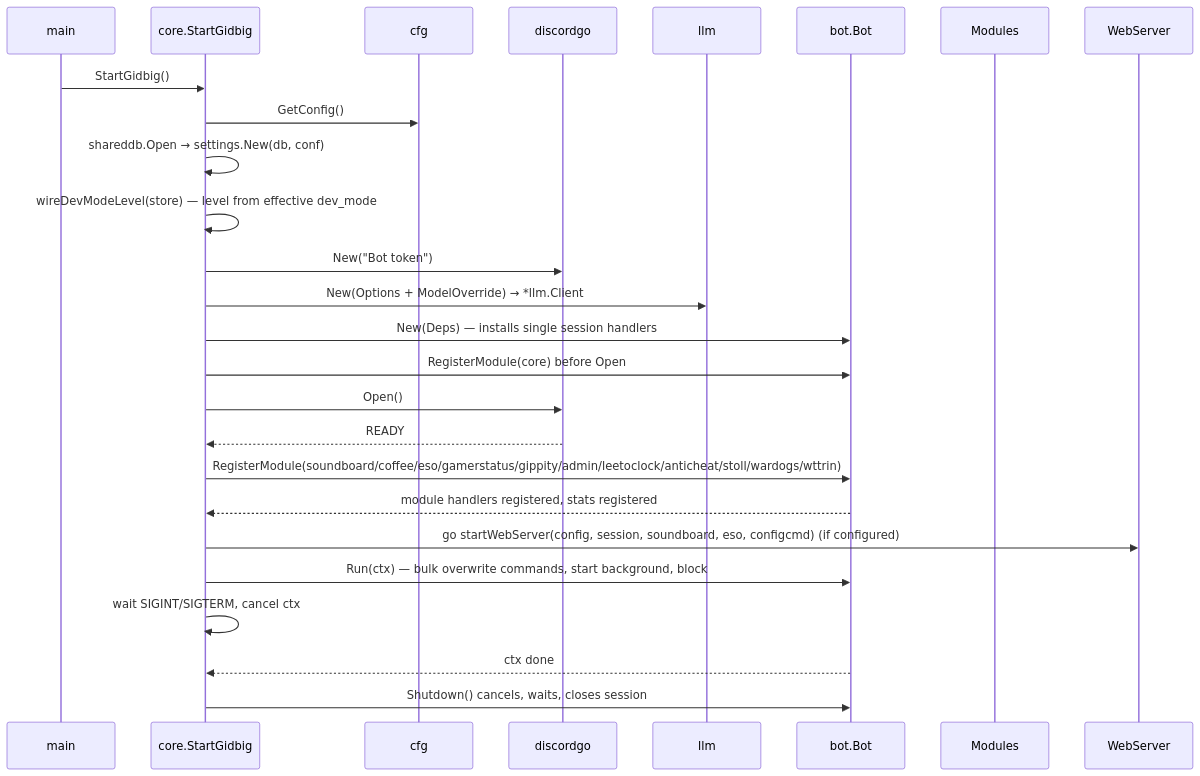
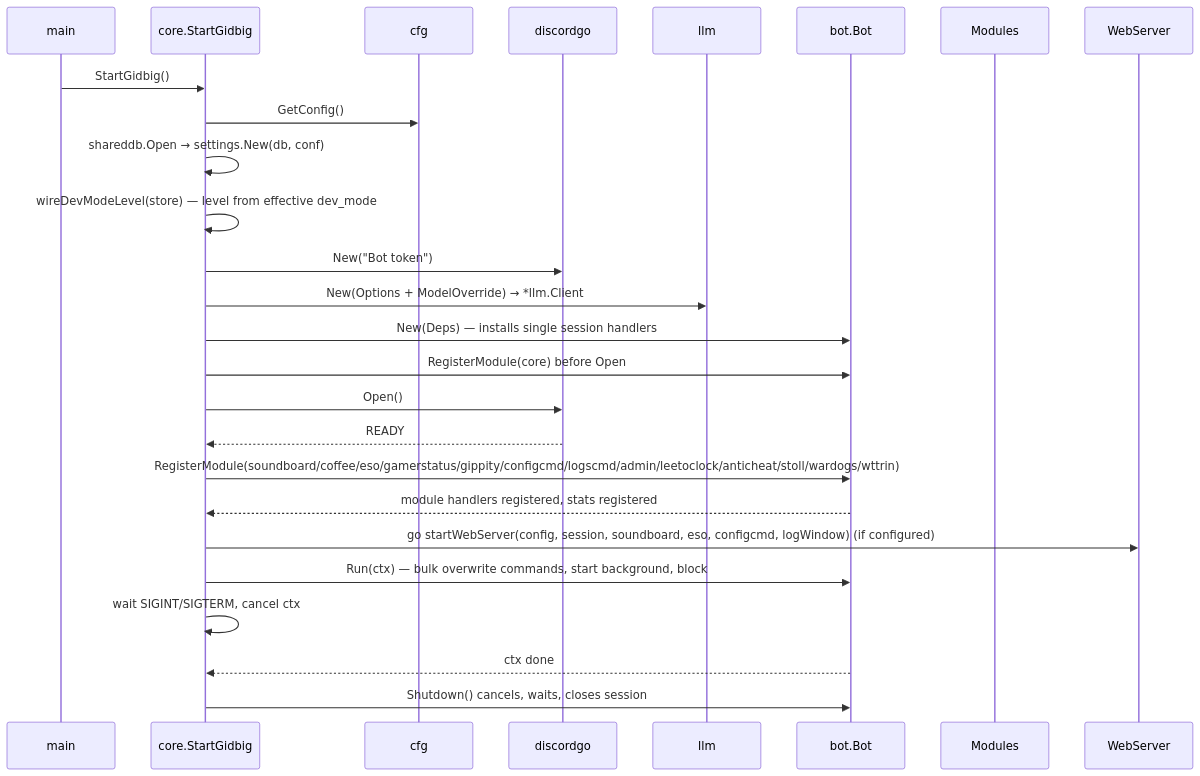
The first of 3 diagrams in docs/modules/core.md (toksikk/gidbig), drawn with Mermaid before and after one commit. The commit also changed other lines of this file and 4 other files, not shown here.

Commit message:
docs (#373): logwindow, logscmd and /admin/logs

````diff
--- a/docs/modules/core.md
+++ b/docs/modules/core.md
@@ -41,29 +54,29 @@
 ```mermaid
 sequenceDiagram
     participant main
     participant core as core.StartGidbig
     participant cfg
     participant dg as discordgo
     participant llm
     participant bot as bot.Bot
     participant mod as Modules
     participant web as WebServer
 
     main->>core: StartGidbig()
     core->>cfg: GetConfig()
     core->>core: shareddb.Open → settings.New(db, conf)
     core->>core: wireDevModeLevel(store) — level from effective dev_mode
     core->>dg: New("Bot token")
     core->>llm: New(Options + ModelOverride) → *llm.Client
     core->>bot: New(Deps) — installs single session handlers
     core->>bot: RegisterModule(core) before Open
     core->>dg: Open()
     dg-->>core: READY
-    core->>bot: RegisterModule(soundboard/coffee/eso/gamerstatus/gippity/admin/leetoclock/anticheat/stoll/wardogs/wttrin)
+    core->>bot: RegisterModule(soundboard/coffee/eso/gamerstatus/gippity/configcmd/logscmd/admin/leetoclock/anticheat/stoll/wardogs/wttrin)
     bot-->>core: module handlers registered, stats registered
-    core->>web: go startWebServer(config, session, soundboard, eso, configcmd) (if configured)
+    core->>web: go startWebServer(config, session, soundboard, eso, configcmd, logWindow) (if configured)
     core->>bot: Run(ctx) — bulk overwrite commands, start background, block
     core->>core: wait SIGINT/SIGTERM, cancel ctx
     bot-->>core: ctx done
     core->>bot: Shutdown() cancels, waits, closes session
 ```
````
